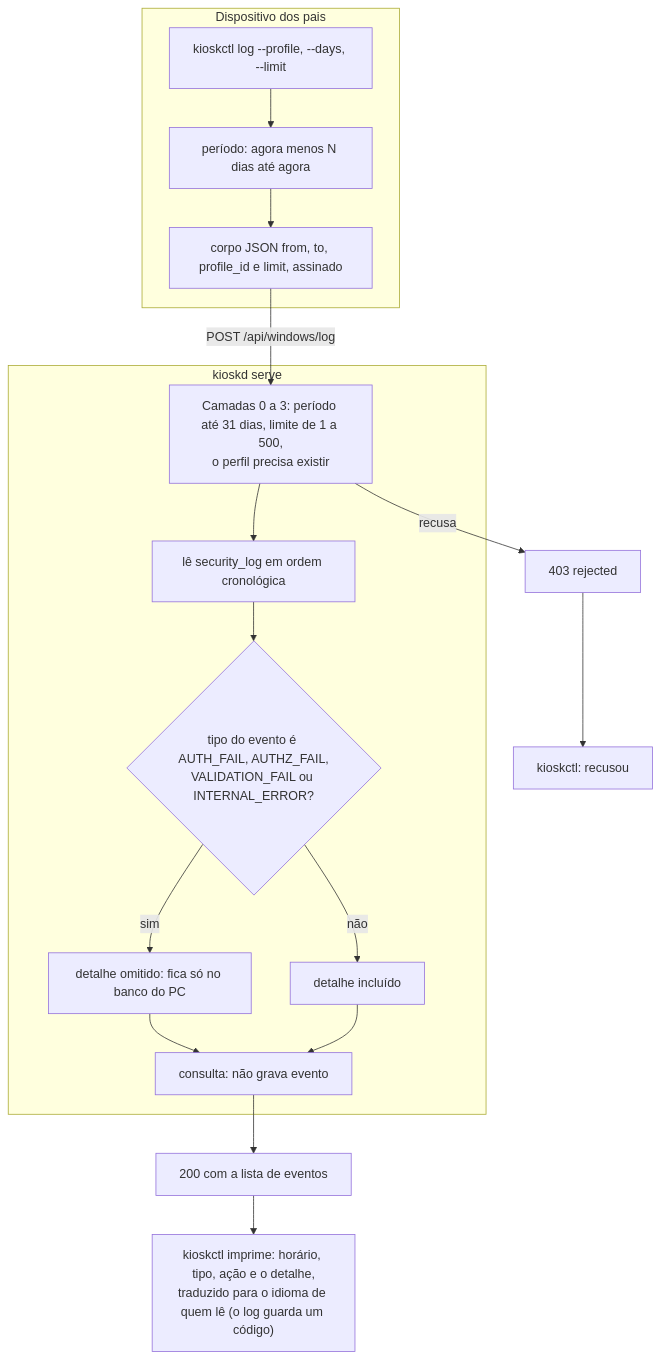
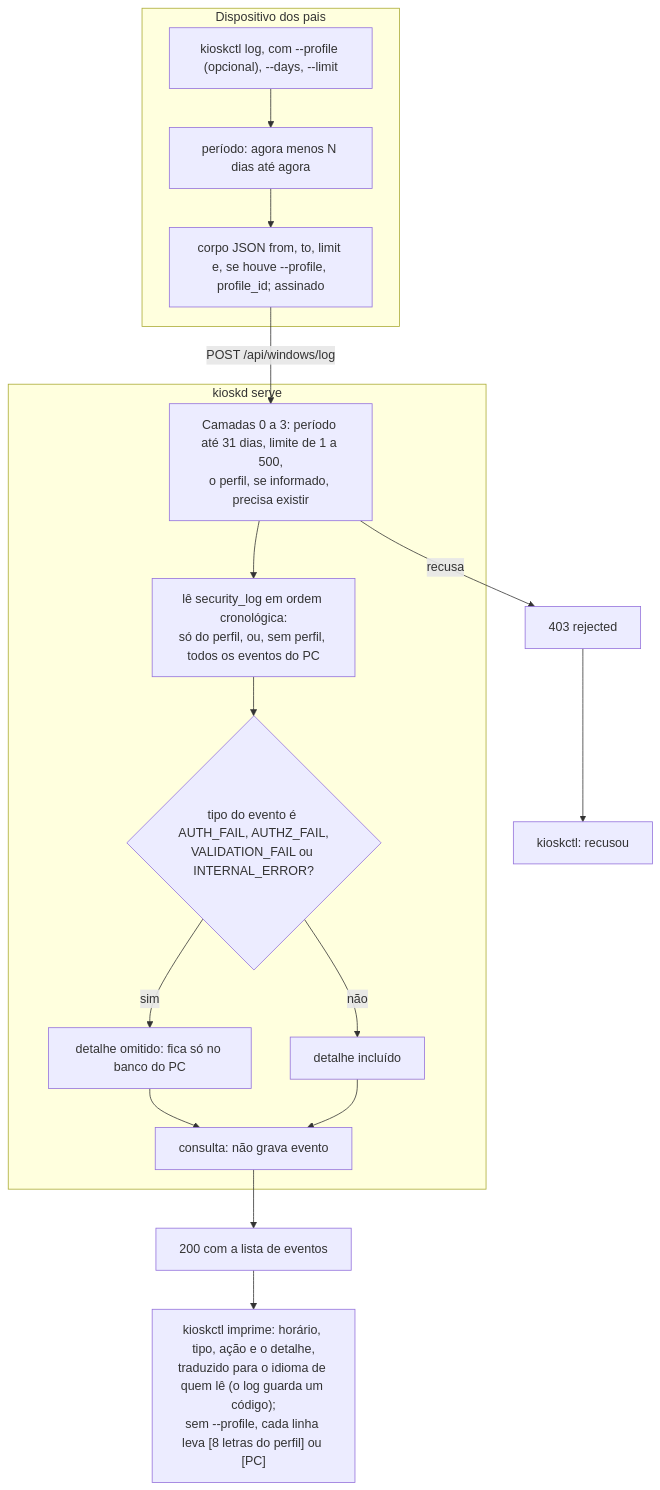
Before and after one commit to jefersonlop3s/kiosk-engine: diagram 29 of 30 in docs/architecture/fluxos-dos-comandos.md, drawn with Mermaid. The commit also changed 6 other files, not shown here.

First line of the commit message:
fix(kioskctl): log sem --profile lista os eventos do PC

````diff
--- a/docs/architecture/fluxos-dos-comandos.md
+++ b/docs/architecture/fluxos-dos-comandos.md
@@ -500,20 +500,20 @@
 ```mermaid
 flowchart TD
     subgraph PAIS["Dispositivo dos pais"]
-        A["kioskctl log --profile, --days, --limit"] --> B["período: agora menos N dias até agora"]
-        B --> C["corpo JSON from, to, profile_id e limit, assinado"]
+        A["kioskctl log, com --profile (opcional), --days, --limit"] --> B["período: agora menos N dias até agora"]
+        B --> C["corpo JSON from, to, limit e, se houve --profile, profile_id; assinado"]
     end
     C -->|"POST /api/windows/log"| D
     subgraph SRV["kioskd serve"]
-        D["Camadas 0 a 3: período até 31 dias, limite de 1 a 500,<br/>o perfil precisa existir"] --> E["lê security_log em ordem cronológica"]
+        D["Camadas 0 a 3: período até 31 dias, limite de 1 a 500,<br/>o perfil, se informado, precisa existir"] --> E["lê security_log em ordem cronológica:<br/>só do perfil, ou, sem perfil, todos os eventos do PC"]
         E --> F{"tipo do evento é AUTH_FAIL, AUTHZ_FAIL,<br/>VALIDATION_FAIL ou INTERNAL_ERROR?"}
         F -->|sim| G["detalhe omitido: fica só no banco do PC"]
         F -->|não| H["detalhe incluído"]
         G --> I["consulta: não grava evento"]
         H --> I
     end
     D -->|recusa| R1["403 rejected"]
     I --> R2["200 com a lista de eventos"]
     R1 --> J1["kioskctl: recusou"]
-    R2 --> J2["kioskctl imprime: horário, tipo, ação e o detalhe,<br/>traduzido para o idioma de quem lê (o log guarda um código)"]
+    R2 --> J2["kioskctl imprime: horário, tipo, ação e o detalhe,<br/>traduzido para o idioma de quem lê (o log guarda um código);<br/>sem --profile, cada linha leva [8 letras do perfil] ou [PC]"]
 ```
````
